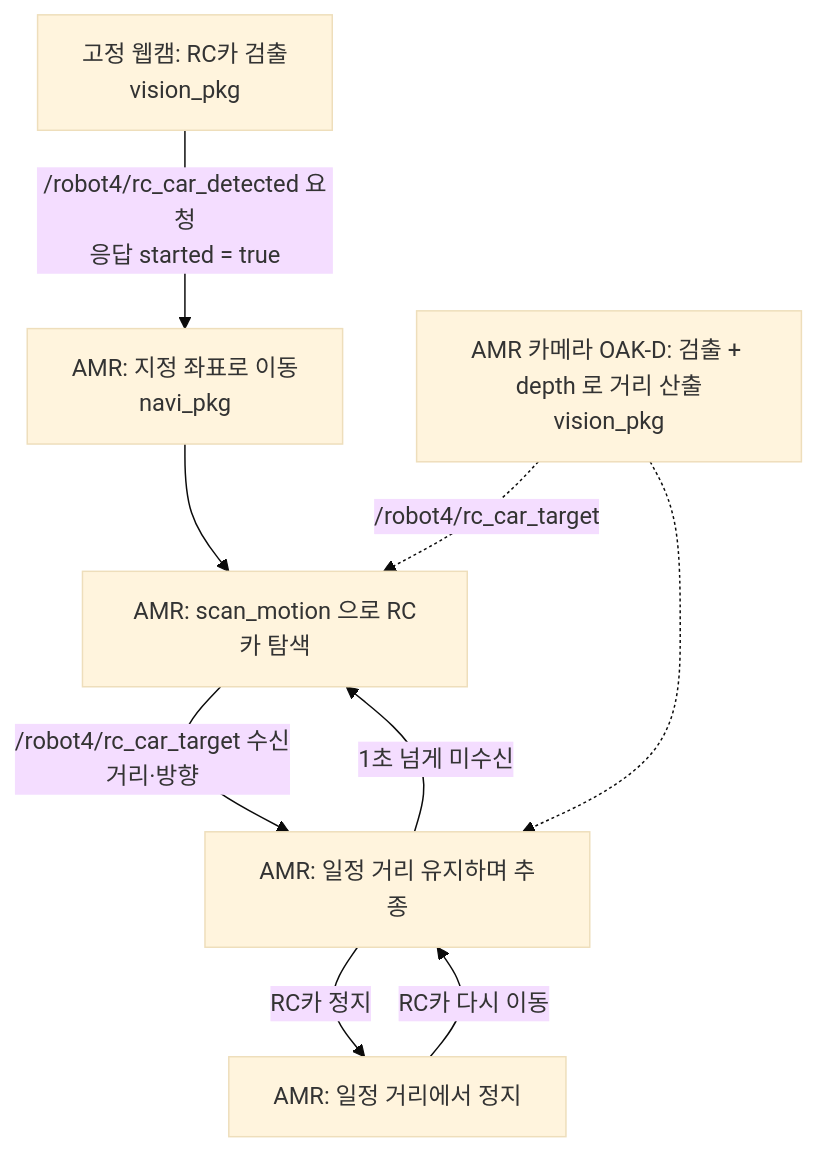
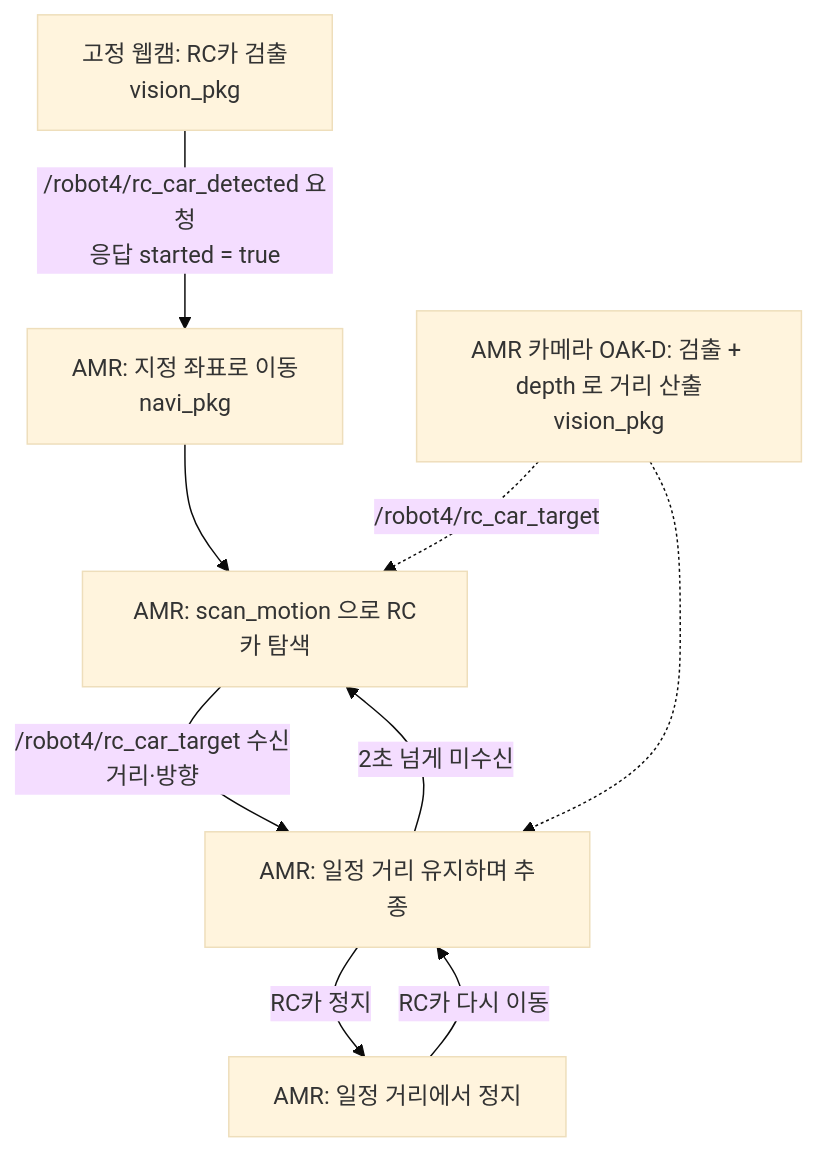
Before and after one commit to lhm3185/b-1_mini_project: the diagram in docs/interfaces.md, drawn with Mermaid (base theme). The commit also changed other lines of this file and 2 other files, not shown here.

````diff
--- a/docs/interfaces.md
+++ b/docs/interfaces.md
@@ -8,11 +8,11 @@
 ```mermaid
 flowchart TD
     A[고정 웹캠: RC카 검출<br/>vision_pkg] -->|/robot4/rc_car_detected 요청<br/>응답 started = true| B[AMR: 지정 좌표로 이동<br/>navi_pkg]
     B --> C[AMR: scan_motion 으로 RC카 탐색]
     C -->|/robot4/rc_car_target 수신<br/>거리·방향| D[AMR: 일정 거리 유지하며 추종]
     D -->|RC카 정지| E[AMR: 일정 거리에서 정지]
     E -->|RC카 다시 이동| D
-    D -->|1초 넘게 미수신| C
+    D -->|2초 넘게 미수신| C
     F[AMR 카메라 OAK-D: 검출 + depth 로 거리 산출<br/>vision_pkg] -.->|/robot4/rc_car_target| C
     F -.-> D
 ```
````
